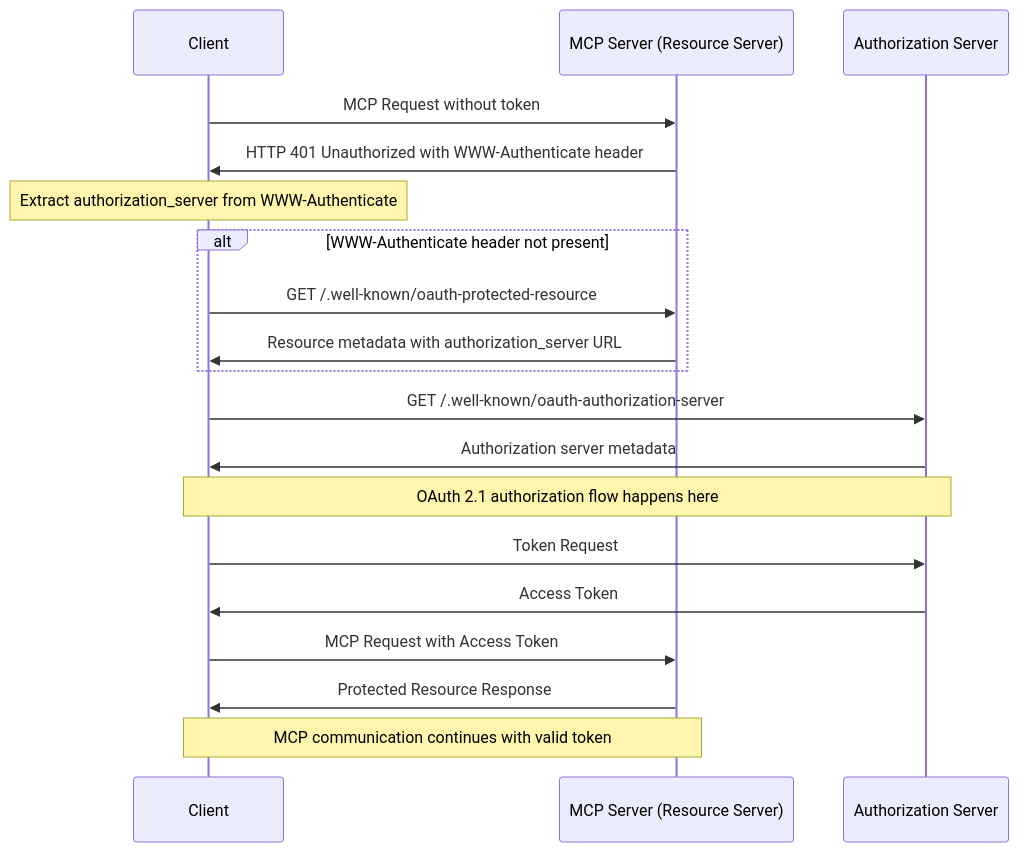
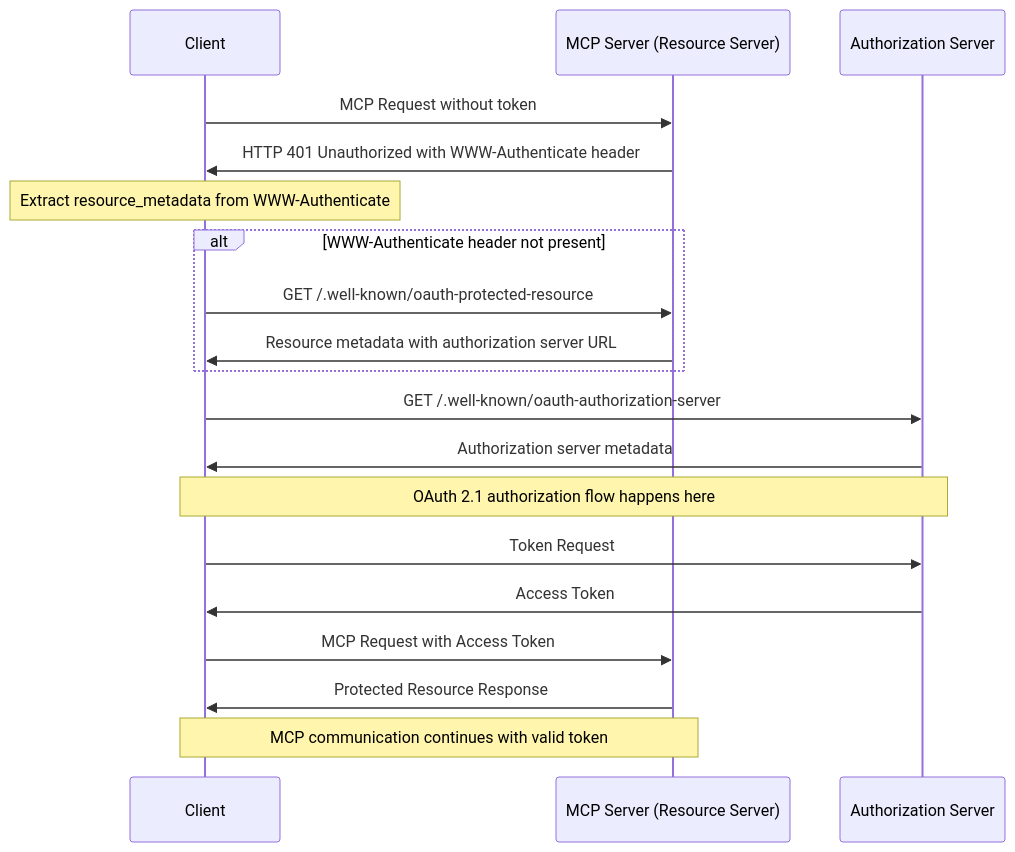
One commit to modelcontextprotocol/specification changed the first of 3 diagrams in docs/specification/2025-03-26/basic/authorization.mdx. Above: the diagram before and after it, drawn with Mermaid. The commit also changed other lines of this file, not shown here.

````diff
--- a/docs/specification/2025-03-26/basic/authorization.mdx
+++ b/docs/specification/2025-03-26/basic/authorization.mdx
@@ -115,27 +115,27 @@
 ```mermaid
 sequenceDiagram
     participant C as Client
     participant M as MCP Server (Resource Server)
     participant A as Authorization Server
 
     C->>M: MCP Request without token
     M->>C: HTTP 401 Unauthorized with WWW-Authenticate header
-    Note over C: Extract authorization_server from WWW-Authenticate
+    Note over C: Extract resource_metadata from WWW-Authenticate
 
     alt WWW-Authenticate header not present
         C->>M: GET /.well-known/oauth-protected-resource
-        M->>C: Resource metadata with authorization_server URL
+        M->>C: Resource metadata with authorization server URL
     end
 
     C->>A: GET /.well-known/oauth-authorization-server
     A->>C: Authorization server metadata
 
     Note over C,A: OAuth 2.1 authorization flow happens here
 
     C->>A: Token Request
     A->>C: Access Token
 
     C->>M: MCP Request with Access Token
     M->>C: Protected Resource Response
     Note over C,M: MCP communication continues with valid token
 ```
````
